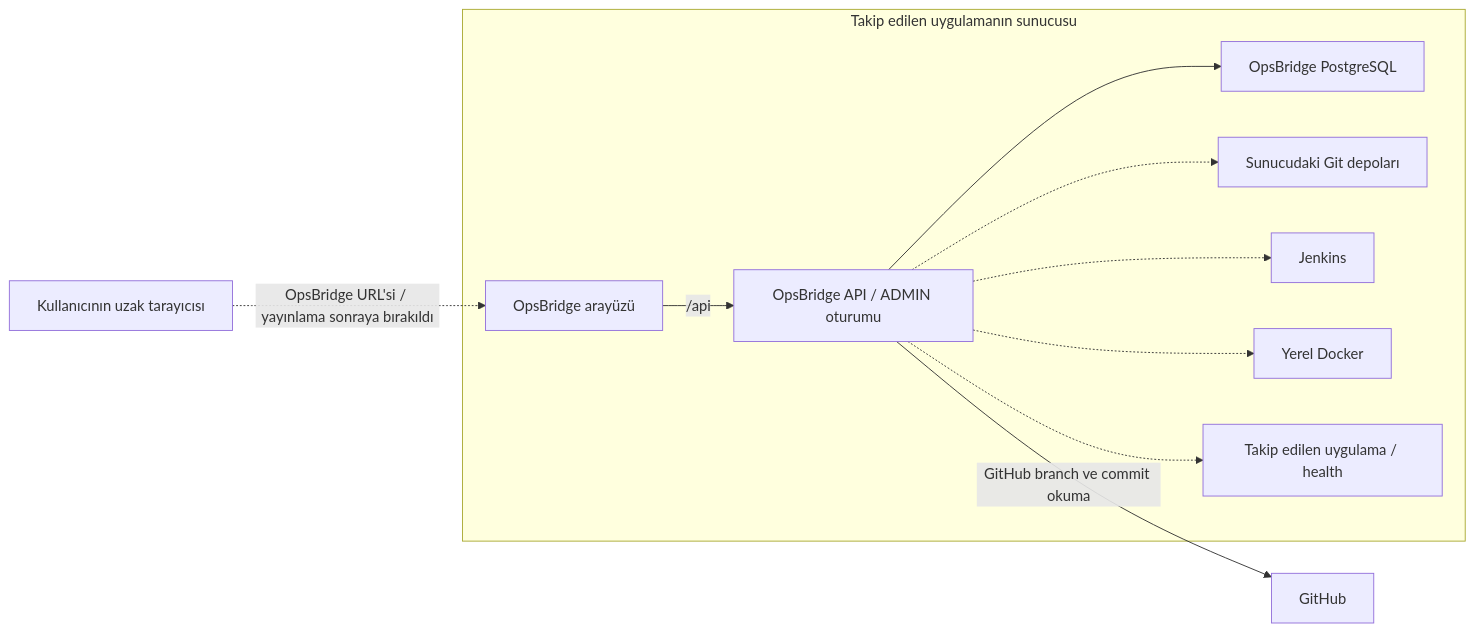
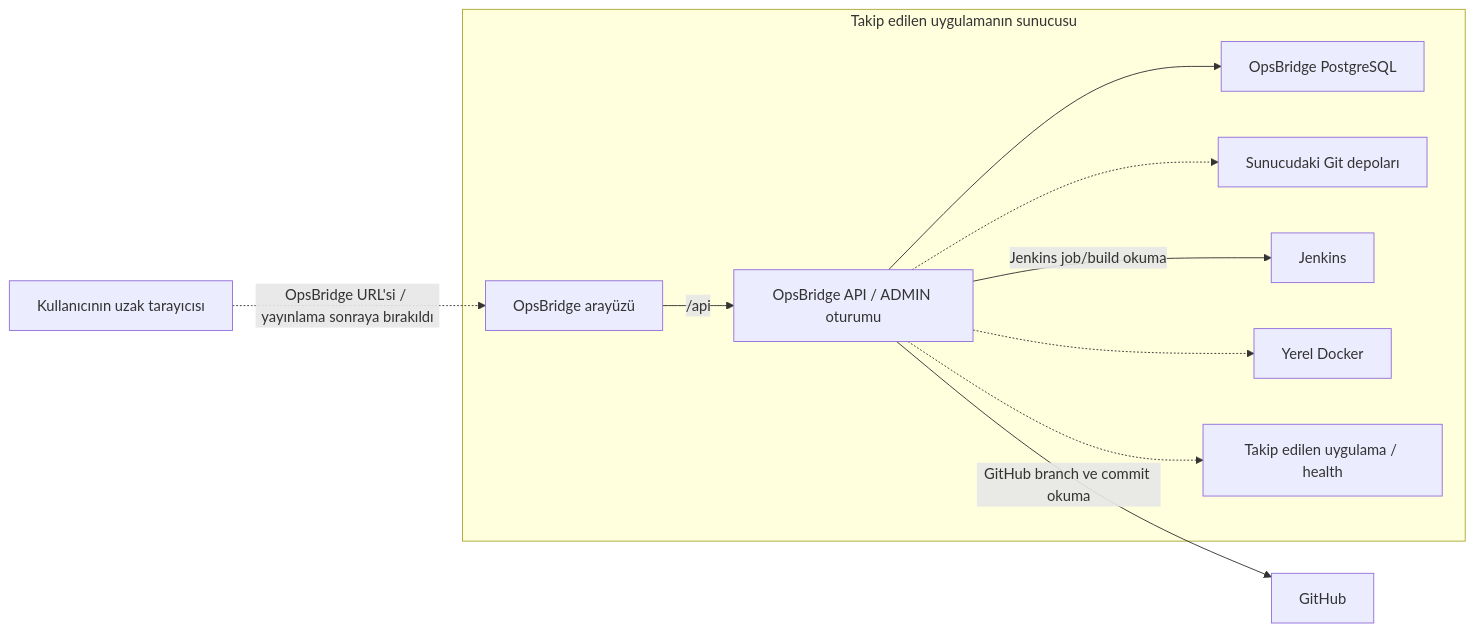
One commit to yhcanbay/OpsBridge changed the diagram in docs/ARCHITECTURE.md. Above: the diagram before and after it, drawn with Mermaid. The commit also changed other lines of this file and 51 other files, not shown here.

````diff
--- a/docs/ARCHITECTURE.md
+++ b/docs/ARCHITECTURE.md
@@ -19,25 +19,25 @@
 ```mermaid
 flowchart LR
     browser["Kullanıcının uzak tarayıcısı"]
     github["GitHub"]
 
     subgraph server["Takip edilen uygulamanın sunucusu"]
         ui["OpsBridge arayüzü"]
         api["OpsBridge API / ADMIN oturumu"]
         db["OpsBridge PostgreSQL"]
         git["Sunucudaki Git depoları"]
         jenkins["Jenkins"]
         docker["Yerel Docker"]
         application["Takip edilen uygulama / health"]
 
         ui -->|"/api"| api
         api --> db
         api -.-> git
-        api -.-> jenkins
+        api -->|"Jenkins job/build okuma"| jenkins
         api -.-> docker
         api -.-> application
     end
 
     browser -.->|"OpsBridge URL'si / yayınlama sonraya bırakıldı"| ui
     api -->|"GitHub branch ve commit okuma"| github
 ```
````
